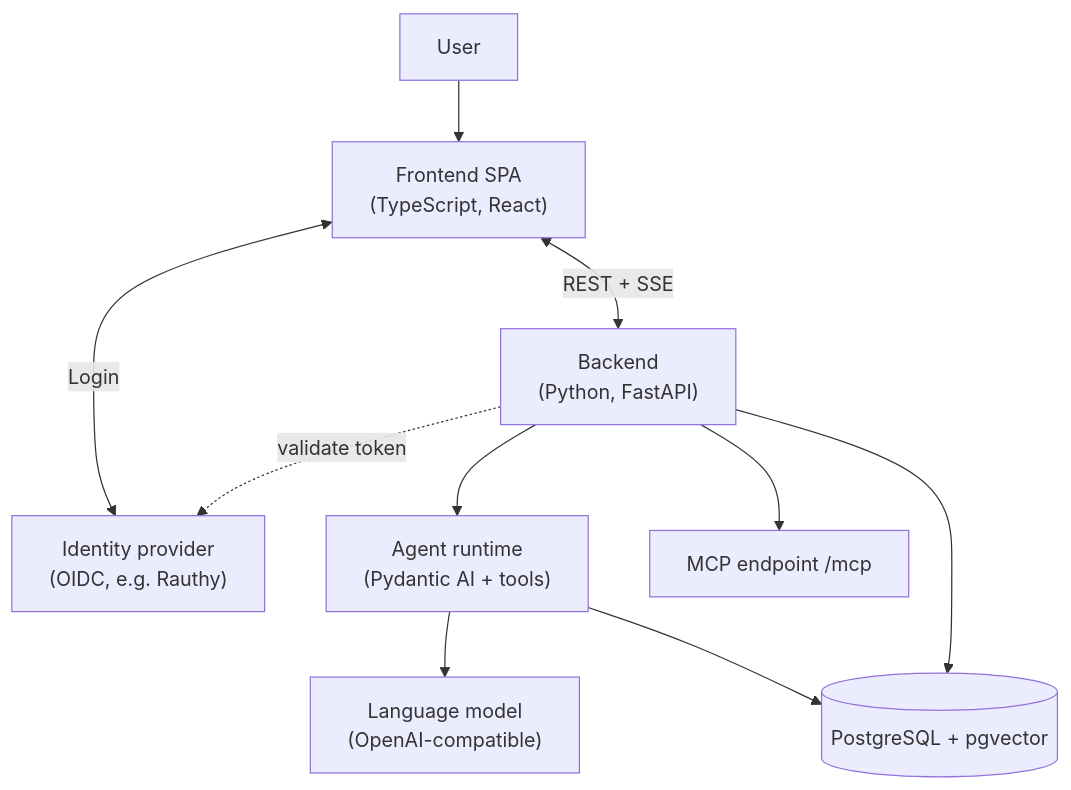
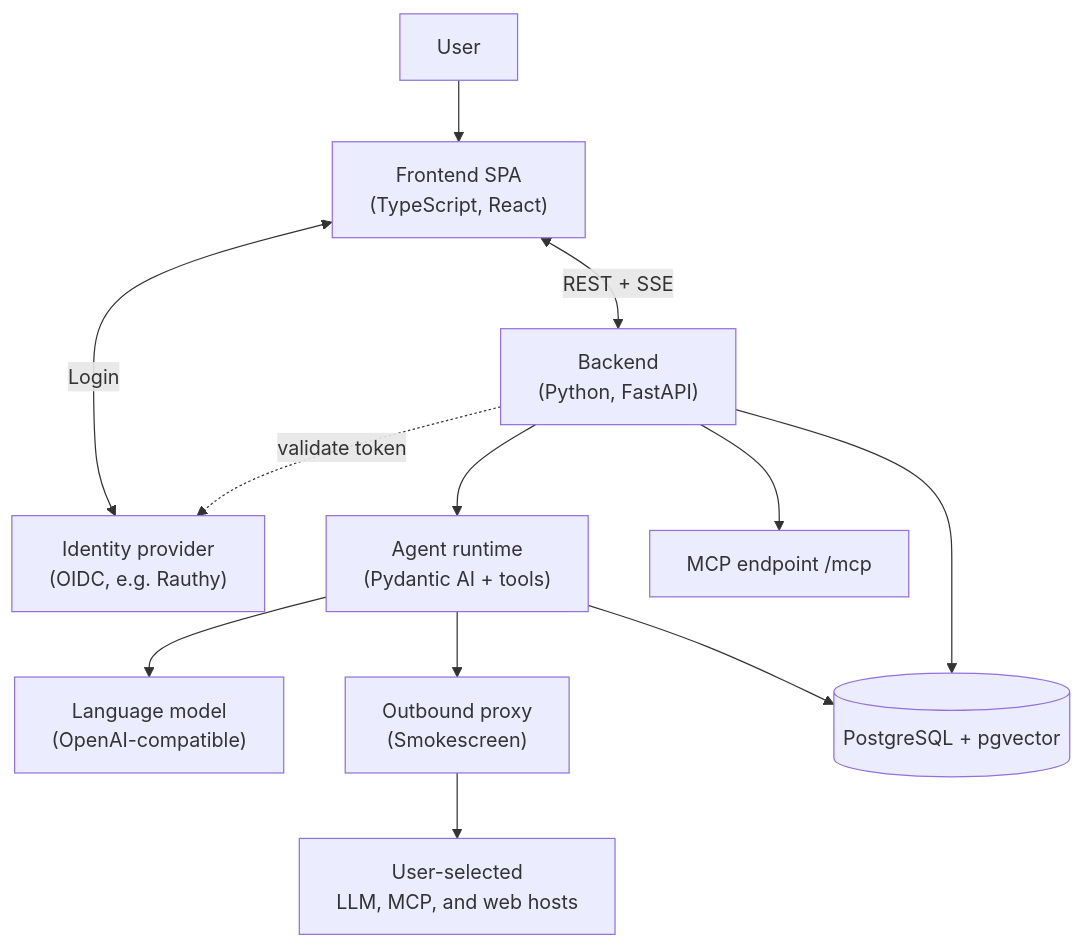
The diagram in docs/src/en/architecture.md (dfki-ebls/hivegent), drawn with Mermaid before and after one commit. The commit also changed other lines of this file and 31 other files, not shown here.

Commit message:
feat(backend): move outbound web hardening to smokescreen service

````diff
--- a/docs/src/en/architecture.md
+++ b/docs/src/en/architecture.md
@@ -6,21 +6,25 @@
 ```mermaid
 flowchart TD
     user[User]
     browser["Frontend SPA<br/>(TypeScript, React)"]
     oidc["Identity provider<br/>(OIDC, e.g. Rauthy)"]
     backend["Backend<br/>(Python, FastAPI)"]
     agent["Agent runtime<br/>(Pydantic AI + tools)"]
     mcp["MCP endpoint /mcp"]
     db[("PostgreSQL + pgvector")]
     llm["Language model<br/>(OpenAI-compatible)"]
+    egress["Outbound proxy<br/>(Smokescreen)"]
+    external["User-selected<br/>LLM, MCP, and web hosts"]
 
     user --> browser
     browser <-->|Login| oidc
     browser <-->|REST + SSE| backend
     backend -.->|validate token| oidc
     backend --> agent
     backend --> mcp
     agent --> llm
+    agent --> egress
+    egress --> external
     agent --> db
     backend --> db
 ```
````
